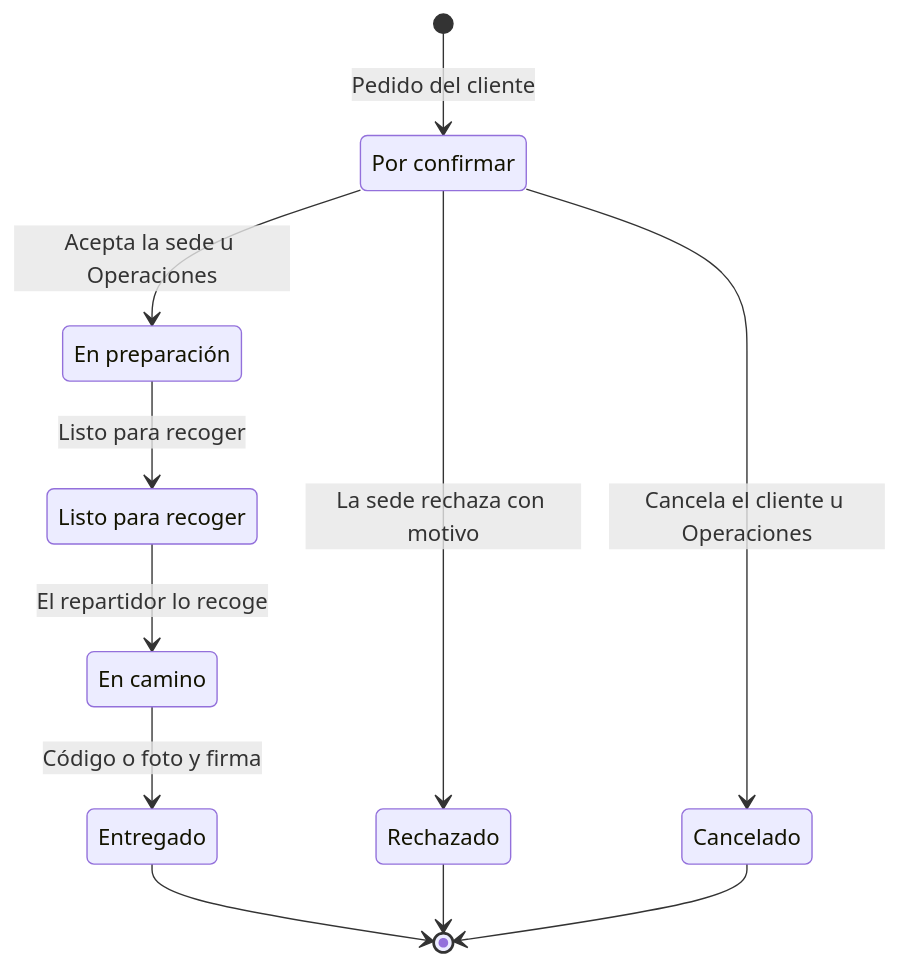
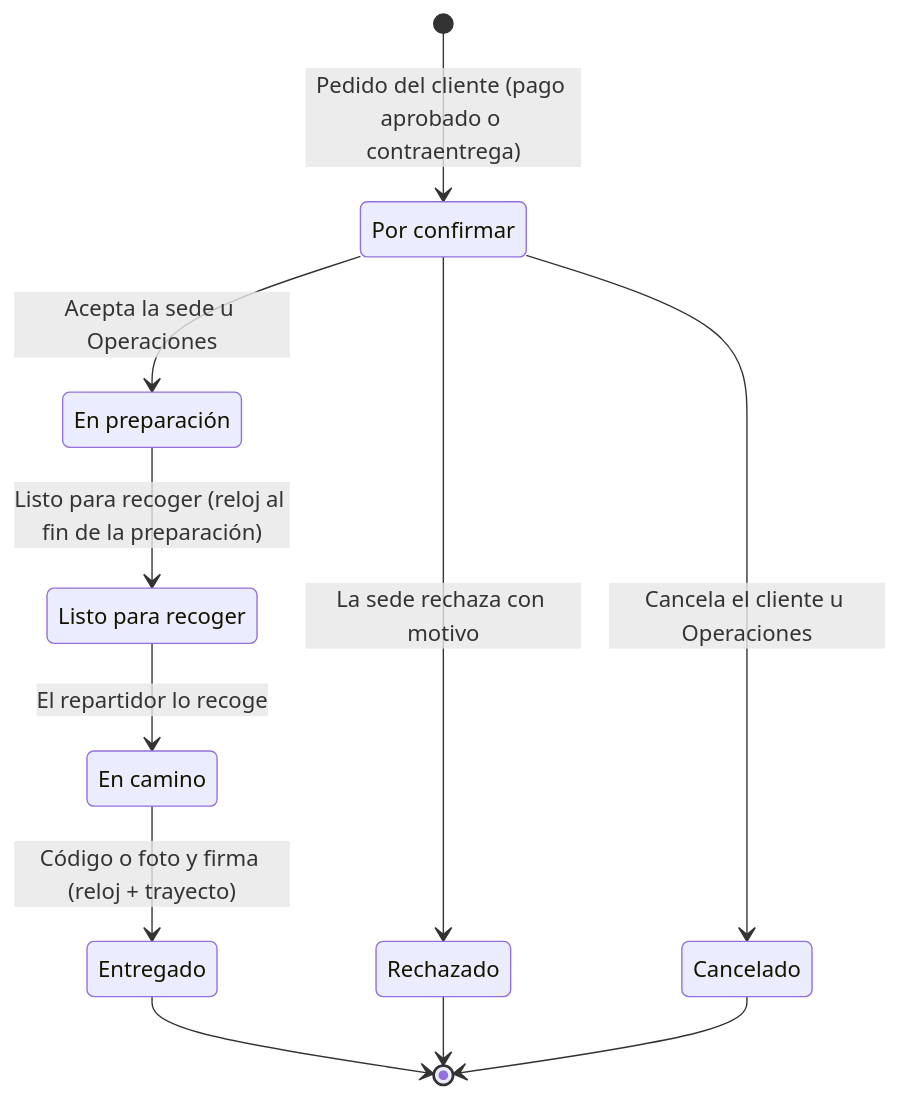
One commit to ronalc90/koptup changed the second of 3 diagrams in docs/wiki/Guia-Demo-delivery.md. Above: the diagram before and after it, drawn with Mermaid. The commit also changed other lines of this file and 34 other files, not shown here.

````diff
--- a/docs/wiki/Guia-Demo-delivery.md
+++ b/docs/wiki/Guia-Demo-delivery.md
@@ -240,20 +258,20 @@
 ```mermaid
 stateDiagram-v2
     state "Por confirmar" as PEN
     state "En preparación" as PRE
     state "Listo para recoger" as LIS
     state "En camino" as CAM
     state "Entregado" as ENT
     state "Rechazado" as REC
     state "Cancelado" as CAN
-    [*] --> PEN: Pedido del cliente
+    [*] --> PEN: Pedido del cliente (pago aprobado o contraentrega)
     PEN --> PRE: Acepta la sede u Operaciones
     PEN --> REC: La sede rechaza con motivo
     PEN --> CAN: Cancela el cliente u Operaciones
-    PRE --> LIS: Listo para recoger
+    PRE --> LIS: Listo para recoger (reloj al fin de la preparación)
     LIS --> CAM: El repartidor lo recoge
-    CAM --> ENT: Código o foto y firma
+    CAM --> ENT: Código o foto y firma (reloj + trayecto)
     ENT --> [*]
     REC --> [*]
     CAN --> [*]
 ```
````
